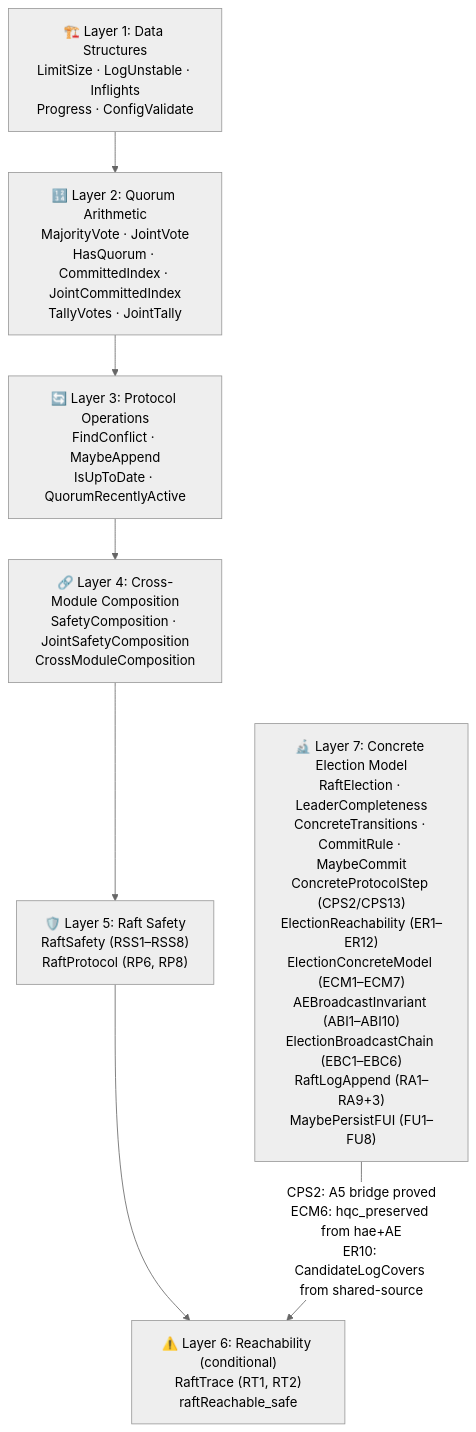
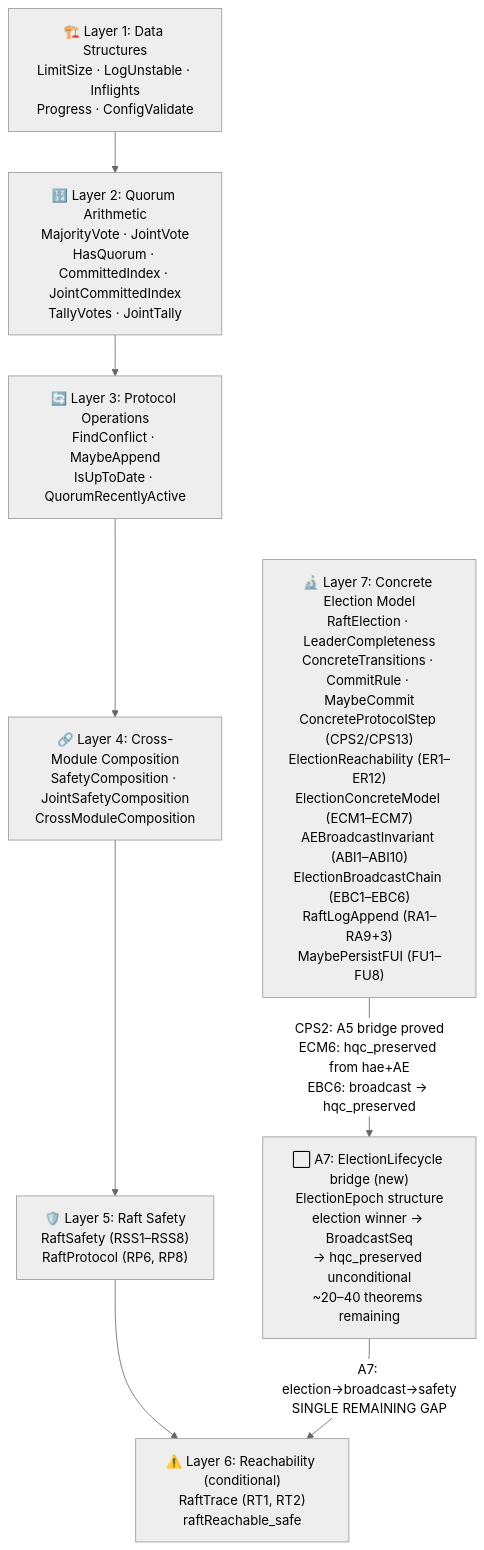
One commit to dsyme/fv-squad changed the first of 11 diagrams in formal-verification/REPORT.md. Above: the diagram before and after it, drawn with Mermaid (neutral theme). The commit also changed other lines of this file and 1 other file, not shown here.

First line of the commit message:
docs(fv): Run 125 composition assessment — A3-A6 phases corrected, A7 chartered

````diff
--- a/formal-verification/REPORT.md
+++ b/formal-verification/REPORT.md
@@ -94,17 +148,19 @@
 ```mermaid
 graph TD
     A["🏗️ Layer 1: Data Structures<br/>LimitSize · LogUnstable · Inflights<br/>Progress · ConfigValidate"]
     B["🔢 Layer 2: Quorum Arithmetic<br/>MajorityVote · JointVote<br/>HasQuorum · CommittedIndex · JointCommittedIndex<br/>TallyVotes · JointTally"]
     C["🔄 Layer 3: Protocol Operations<br/>FindConflict · MaybeAppend<br/>IsUpToDate · QuorumRecentlyActive"]
     D["🔗 Layer 4: Cross-Module Composition<br/>SafetyComposition · JointSafetyComposition<br/>CrossModuleComposition"]
     E["🛡️ Layer 5: Raft Safety<br/>RaftSafety (RSS1–RSS8)<br/>RaftProtocol (RP6, RP8)"]
     F["⚠️ Layer 6: Reachability (conditional)<br/>RaftTrace (RT1, RT2)<br/>raftReachable_safe"]
     G["🔬 Layer 7: Concrete Election Model<br/>RaftElection · LeaderCompleteness<br/>ConcreteTransitions · CommitRule · MaybeCommit<br/>ConcreteProtocolStep (CPS2/CPS13)<br/>ElectionReachability (ER1–ER12)<br/>ElectionConcreteModel (ECM1–ECM7)<br/>AEBroadcastInvariant (ABI1–ABI10)<br/>ElectionBroadcastChain (EBC1–EBC6)<br/>RaftLogAppend (RA1–RA9+3)<br/>MaybePersistFUI (FU1–FU8)"]
+    H["⬜ A7: ElectionLifecycle bridge (new)<br/>ElectionEpoch structure<br/>election winner → BroadcastSeq<br/>→ hqc_preserved unconditional<br/>~20–40 theorems remaining"]
 
     A --> B
     B --> C
     C --> D
     D --> E
     E --> F
-    G -->|"CPS2: A5 bridge proved<br/>ECM6: hqc_preserved from hae+AE<br/>ER10: CandidateLogCovers from shared-source"| F
+    G -->|"CPS2: A5 bridge proved<br/>ECM6: hqc_preserved from hae+AE<br/>EBC6: broadcast → hqc_preserved"| H
+    H -->|"A7: election→broadcast→safety<br/>SINGLE REMAINING GAP"| F
 ```
````
